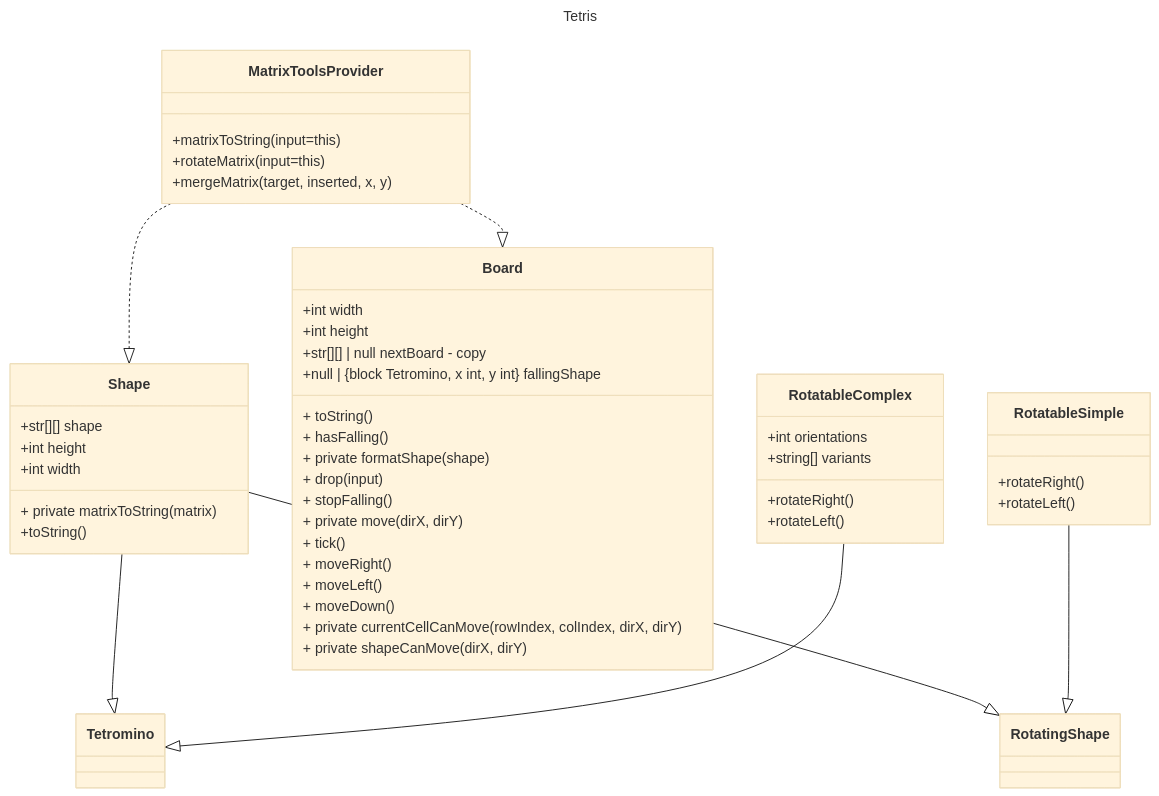
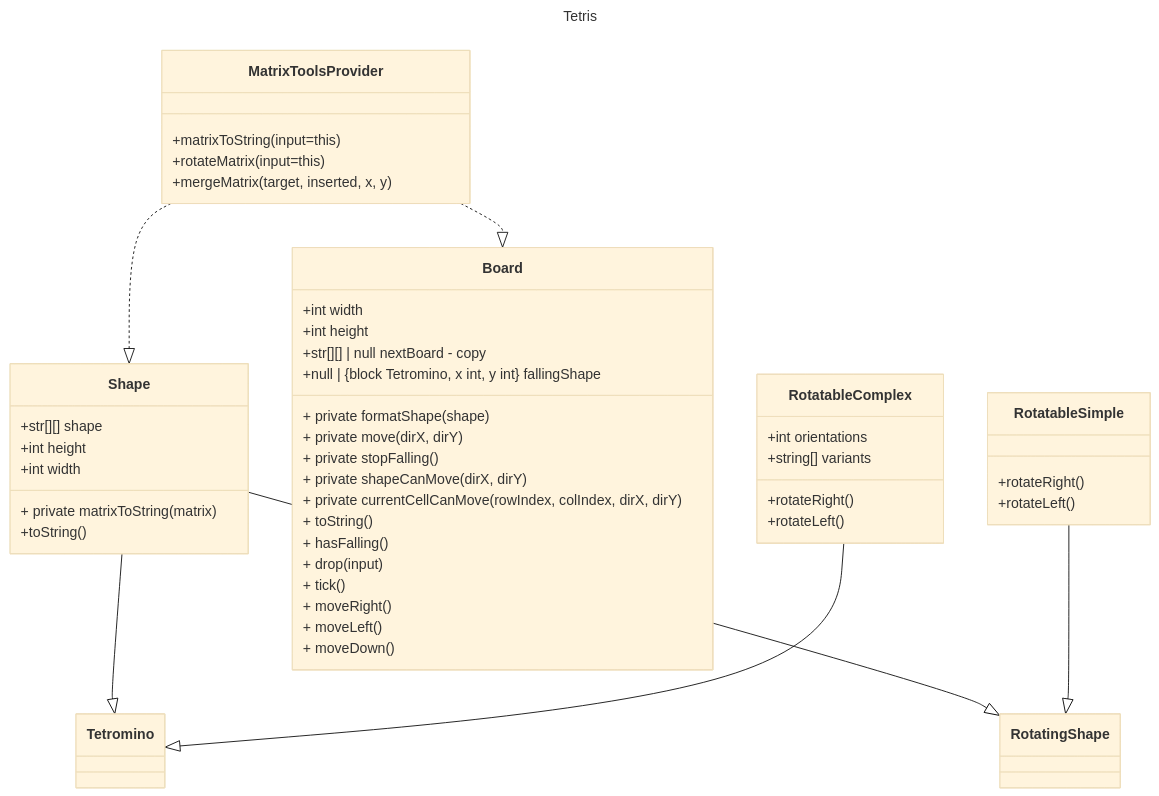
One commit to gros-pataplouf/tetris_tdd changed the diagram in docs/diagram_changes.md. Above: the diagram before and after it, drawn with Mermaid (base theme).

Commit message:
tests pass

````diff
--- a/docs/diagram_changes.md
+++ b/docs/diagram_changes.md
@@ -1,49 +1,44 @@
 ```mermaid
 ---
 title: Tetris
 ---
 
  
 classDiagram
     MatrixToolsProvider ..|> Shape
     MatrixToolsProvider ..|> Board
     MatrixToolsProvider: +matrixToString(input=this)
     MatrixToolsProvider: +rotateMatrix(input=this)
     MatrixToolsProvider: +mergeMatrix(target, inserted, x, y)
     Shape --|> Tetromino
     RotatableComplex --|> Tetromino
     Shape --|> RotatingShape
     RotatableSimple --|> RotatingShape
     RotatableSimple: +rotateRight()
     RotatableSimple: +rotateLeft()
     RotatableComplex: +int orientations
     RotatableComplex: +string[] variants
     RotatableComplex: +rotateRight()
     RotatableComplex: +rotateLeft()
     Shape: +str[][] shape
     Shape: +int height
     Shape: +int width
     Shape: + private matrixToString(matrix)
     Shape: +toString()
     Board: +int width
     Board: +int height
     Board: +str[][] | null nextBoard - copy
     Board: +null | {block Tetromino, x int, y int} fallingShape 
+    Board: + private formatShape(shape)
+    Board: + private move(dirX, dirY)
+    Board: + private stopFalling()
+    Board: + private shapeCanMove(dirX, dirY)
+    Board: + private currentCellCanMove(rowIndex, colIndex, dirX, dirY)
     Board: + toString()
     Board: + hasFalling()
-    Board: + private formatShape(shape)
     Board: + drop(input)
-    Board: + stopFalling()
-    Board: + private move(dirX, dirY)
     Board: + tick()
     Board: + moveRight()
     Board: + moveLeft()
     Board: + moveDown()
-    Board: + private currentCellCanMove(rowIndex, colIndex, dirX, dirY)
-    Board: + private shapeCanMove(dirX, dirY)
-
-
-
-
-
 ```
````
